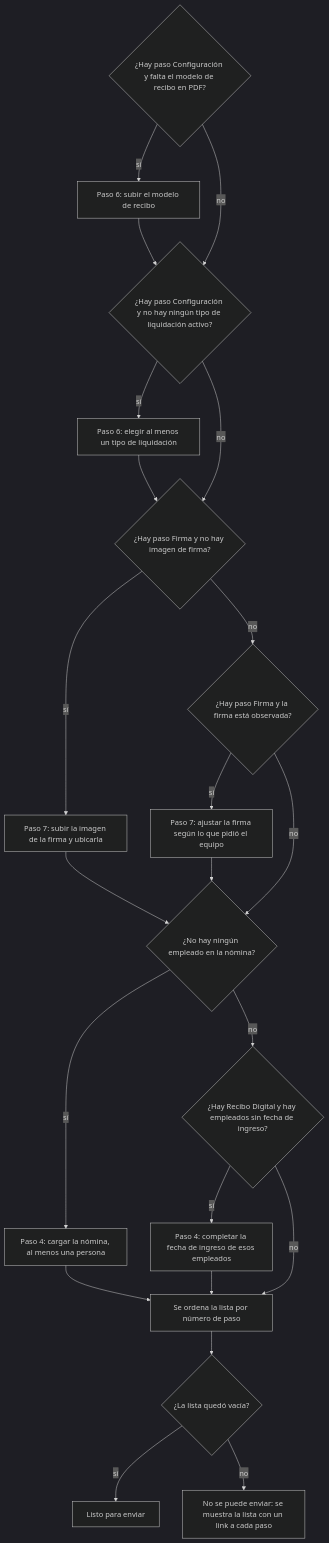
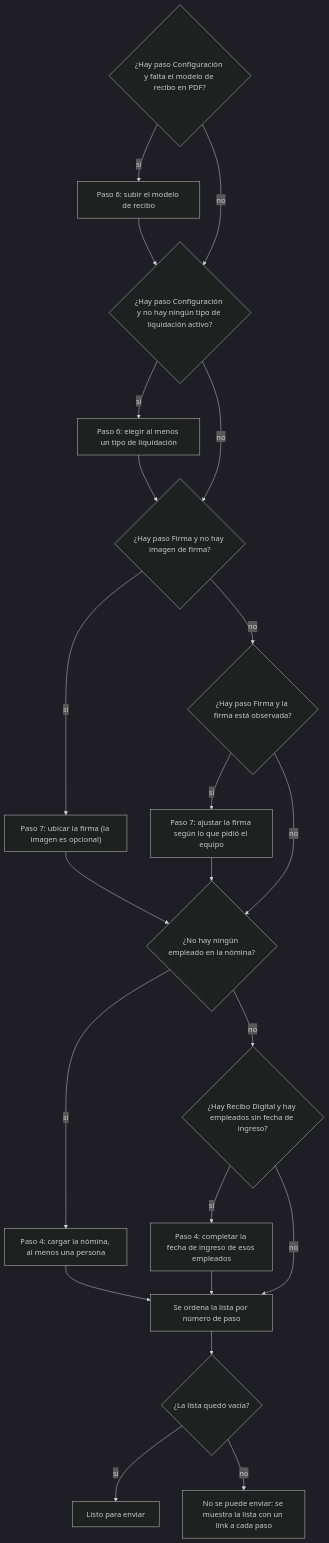
The ninth of 24 diagrams in docs/flujos-de-negocio.md (AluSkies/implementador.napsis), drawn with Mermaid (dark theme) before and after one commit. The commit also changed other lines of this file and 99 other files, not shown here.

````diff
--- a/docs/flujos-de-negocio.md
+++ b/docs/flujos-de-negocio.md
@@ -453,41 +453,41 @@
 ```mermaid
 flowchart TD
     c6{"¿Hay paso Configuración y falta el modelo de recibo en PDF?"}
     m6["Paso 6: subir el modelo de recibo"]
     c7{"¿Hay paso Configuración y no hay ningún tipo de liquidación activo?"}
     m7["Paso 6: elegir al menos un tipo de liquidación"]
     c8{"¿Hay paso Firma y no hay imagen de firma?"}
-    m8["Paso 7: subir la imagen de la firma y ubicarla"]
+    m8["Paso 7: ubicar la firma (la imagen es opcional)"]
     c9{"¿Hay paso Firma y la firma está observada?"}
     m9["Paso 7: ajustar la firma según lo que pidió el equipo"]
     c10{"¿No hay ningún empleado en la nómina?"}
     m10["Paso 4: cargar la nómina, al menos una persona"]
     c11{"¿Hay Recibo Digital y hay empleados sin fecha de ingreso?"}
     m11["Paso 4: completar la fecha de ingreso de esos empleados"]
     f1["Se ordena la lista por número de paso"]
     f2{"¿La lista quedó vacía?"}
     l1["Listo para enviar"]
     k1["No se puede enviar: se muestra la lista con un link a cada paso"]
 
     c6 -->|sí| m6
     c6 -->|no| c7
     m6 --> c7
     c7 -->|sí| m7
     c7 -->|no| c8
     m7 --> c8
     c8 -->|sí| m8
     c8 -->|no| c9
     c9 -->|sí| m9
     c9 -->|no| c10
     m8 --> c10
     m9 --> c10
     c10 -->|sí| m10
     c10 -->|no| c11
     c11 -->|sí| m11
     c11 -->|no| f1
     m10 --> f1
     m11 --> f1
     f1 --> f2
     f2 -->|sí| l1
     f2 -->|no| k1
 ```
````
